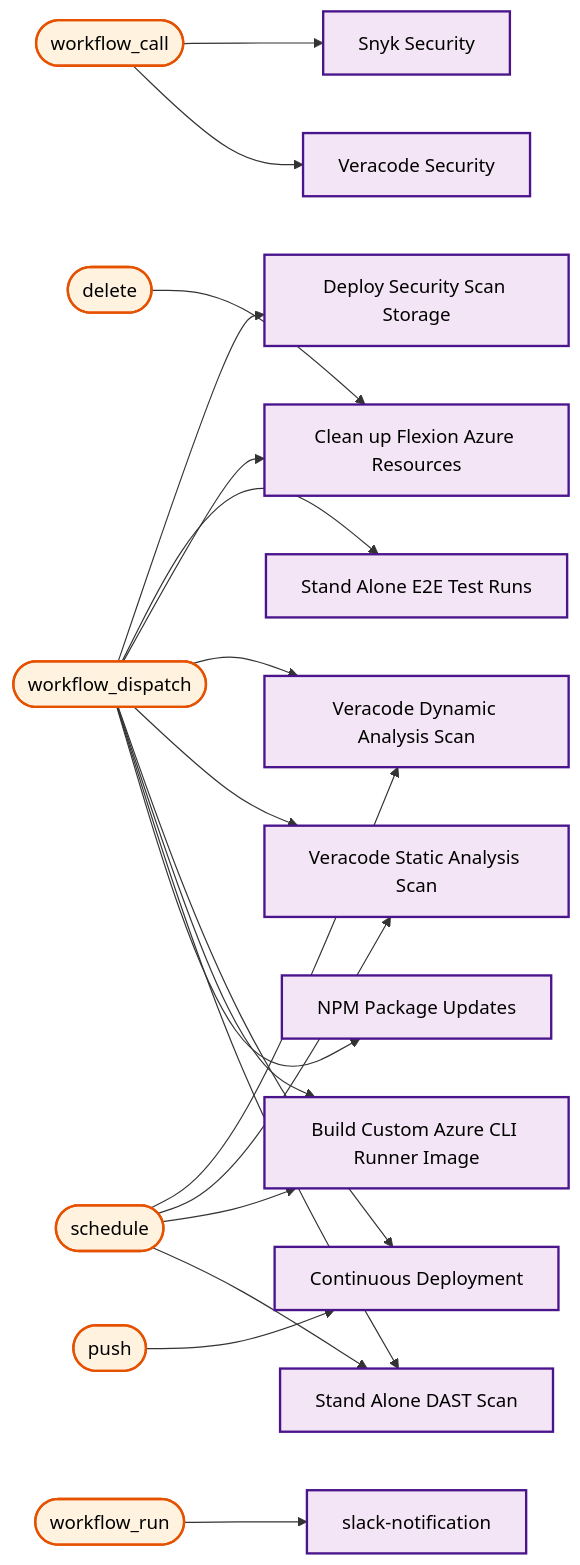
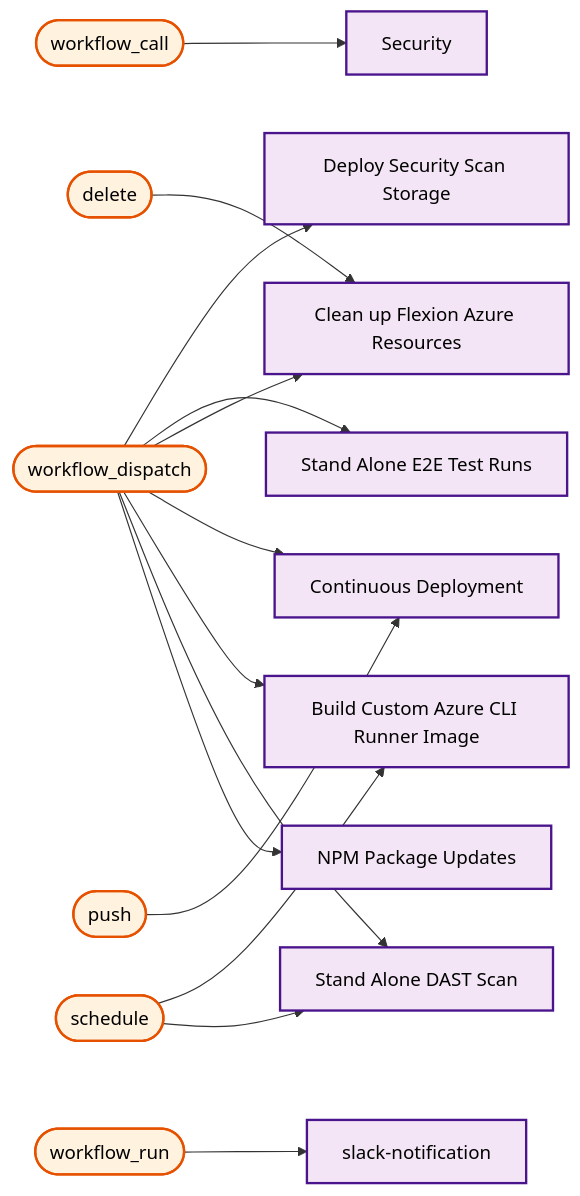
Diagram 21 of 21 in docs/operations/workflow-diagram.md (US-Trustee-Program/Bankruptcy-Oversight-Support-Systems), drawn with Mermaid before and after one commit. The commit also changed other lines of this file and 18 other files, not shown here.

````diff
--- a/docs/operations/workflow-diagram.md
+++ b/docs/operations/workflow-diagram.md
@@ -1319,68 +1153,55 @@
 ```mermaid
 flowchart LR
     trigger_workflow_call(["workflow_call"])
-    sub_snyk_security_scan_yml["Snyk Security"]
-    sub_security_scan_yml["Veracode Security"]
+    sub_security_scan_yml["Security"]
     trigger_workflow_dispatch(["workflow_dispatch"])
     deploy_security_scan_storage_yml["Deploy Security Scan Storage"]
     e2e_test_yml["Stand Alone E2E Test Runs"]
     azure_remove_branch_yml["Clean up Flexion Azure Resources"]
-    veracode_dast_scan_yml["Veracode Dynamic Analysis Scan"]
-    veracode_sast_upload_yml["Veracode Static Analysis Scan"]
     continuous_deployment_yml["Continuous Deployment"]
     build_azure_cli_image_yml["Build Custom Azure CLI Runner Image"]
     dast_scan_yml["Stand Alone DAST Scan"]
     update_dependencies_yml["NPM Package Updates"]
     trigger_delete(["delete"])
     azure_remove_branch_yml["Clean up Flexion Azure Resources"]
+    trigger_push(["push"])
+    continuous_deployment_yml["Continuous Deployment"]
     trigger_schedule(["schedule"])
-    veracode_dast_scan_yml["Veracode Dynamic Analysis Scan"]
-    veracode_sast_upload_yml["Veracode Static Analysis Scan"]
     build_azure_cli_image_yml["Build Custom Azure CLI Runner Image"]
     dast_scan_yml["Stand Alone DAST Scan"]
-    trigger_push(["push"])
-    continuous_deployment_yml["Continuous Deployment"]
     trigger_workflow_run(["workflow_run"])
     slack_notification_yml["slack-notification"]
 
-    trigger_workflow_call --> sub_snyk_security_scan_yml
     trigger_workflow_call --> sub_security_scan_yml
     trigger_workflow_dispatch --> deploy_security_scan_storage_yml
     trigger_workflow_dispatch --> e2e_test_yml
     trigger_workflow_dispatch --> azure_remove_branch_yml
-    trigger_workflow_dispatch --> veracode_dast_scan_yml
-    trigger_workflow_dispatch --> veracode_sast_upload_yml
     trigger_workflow_dispatch --> continuous_deployment_yml
     trigger_workflow_dispatch --> build_azure_cli_image_yml
     trigger_workflow_dispatch --> dast_scan_yml
     trigger_workflow_dispatch --> update_dependencies_yml
     trigger_delete --> azure_remove_branch_yml
-    trigger_schedule --> veracode_dast_scan_yml
-    trigger_schedule --> veracode_sast_upload_yml
+    trigger_push --> continuous_deployment_yml
     trigger_schedule --> build_azure_cli_image_yml
     trigger_schedule --> dast_scan_yml
-    trigger_push --> continuous_deployment_yml
     trigger_workflow_run --> slack_notification_yml
 
     classDef mainWorkflow fill:#f3e5f5,stroke:#4a148c,stroke-width:2px,color:#000000
     classDef trigger fill:#fff3e0,stroke:#e65100,stroke-width:2px,color:#000000
 
     class trigger_workflow_call trigger
     class trigger_workflow_dispatch trigger
     class trigger_delete trigger
+    class trigger_push trigger
     class trigger_schedule trigger
-    class trigger_push trigger
     class trigger_workflow_run trigger
-    class sub_snyk_security_scan_yml mainWorkflow
     class sub_security_scan_yml mainWorkflow
     class deploy_security_scan_storage_yml mainWorkflow
     class e2e_test_yml mainWorkflow
     class azure_remove_branch_yml mainWorkflow
-    class veracode_dast_scan_yml mainWorkflow
-    class veracode_sast_upload_yml mainWorkflow
     class continuous_deployment_yml mainWorkflow
     class build_azure_cli_image_yml mainWorkflow
     class dast_scan_yml mainWorkflow
     class update_dependencies_yml mainWorkflow
     class slack_notification_yml mainWorkflow
 ```
````
